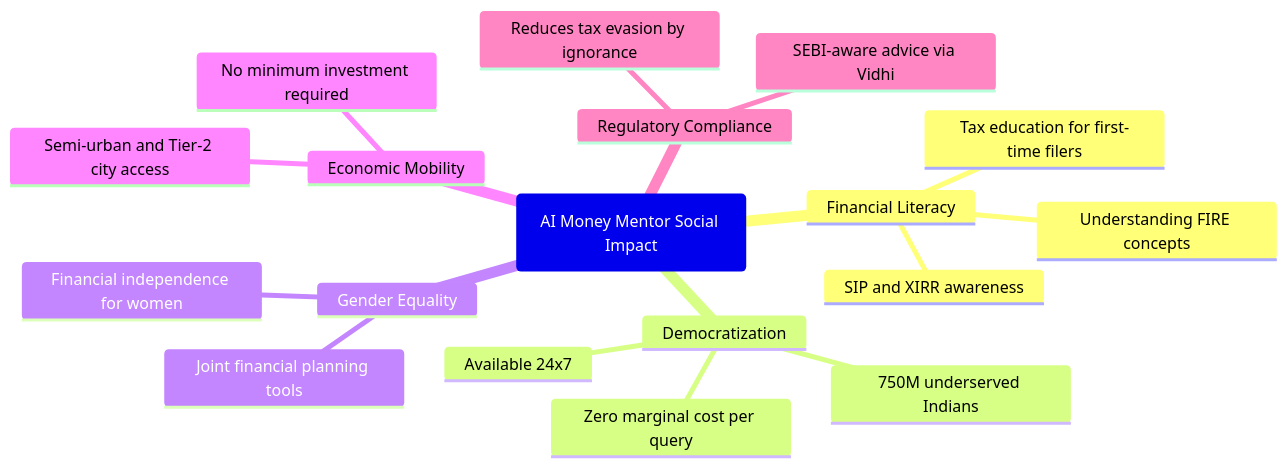
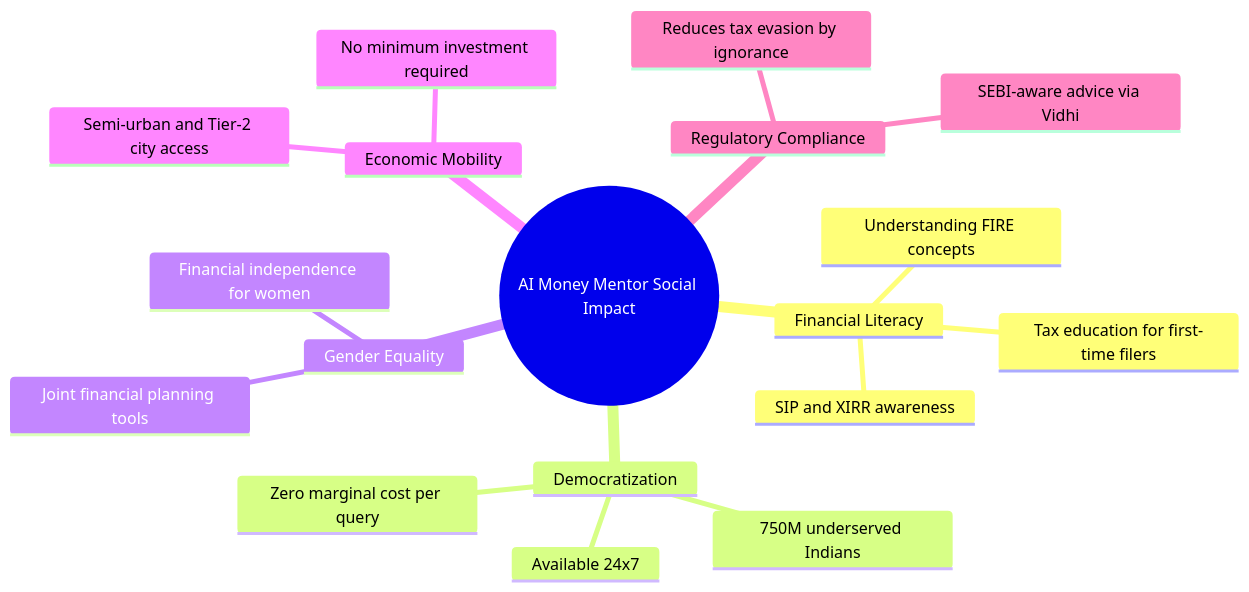
One commit to Devguru-codes/AI-Money-Mentor changed the second of 2 diagrams in IMPACT_MODEL.md. Above: the diagram before and after it, drawn with Mermaid. The commit also changed other lines of this file and 10 other files, not shown here.

Commit message:
Fix mermaid diagrams in docs and resolve failing backend test suites

````diff
--- a/IMPACT_MODEL.md
+++ b/IMPACT_MODEL.md
@@ -155,21 +156,21 @@
 ```mermaid
 mindmap
-  root(AI Money Mentor Social Impact)
+  root(("AI Money Mentor Social Impact"))
     Financial Literacy
       Tax education for first-time filers
       SIP and XIRR awareness
       Understanding FIRE concepts
     Democratization
       750M underserved Indians
       Zero marginal cost per query
       Available 24x7
     Gender Equality
       Joint financial planning tools
       Financial independence for women
     Economic Mobility
       Semi-urban and Tier-2 city access
       No minimum investment required
     Regulatory Compliance
       SEBI-aware advice via Vidhi
       Reduces tax evasion by ignorance
 ```
````
